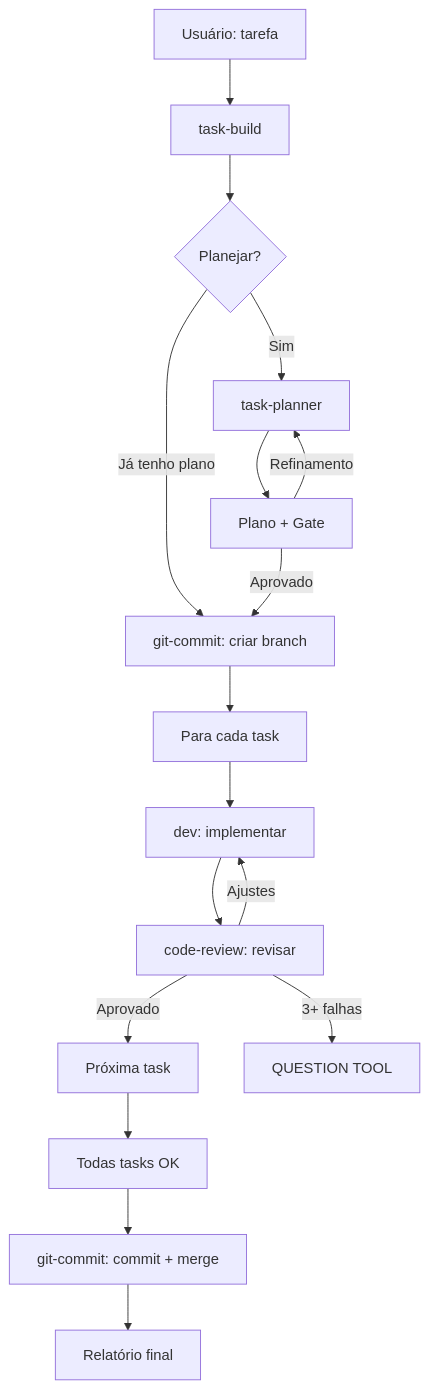
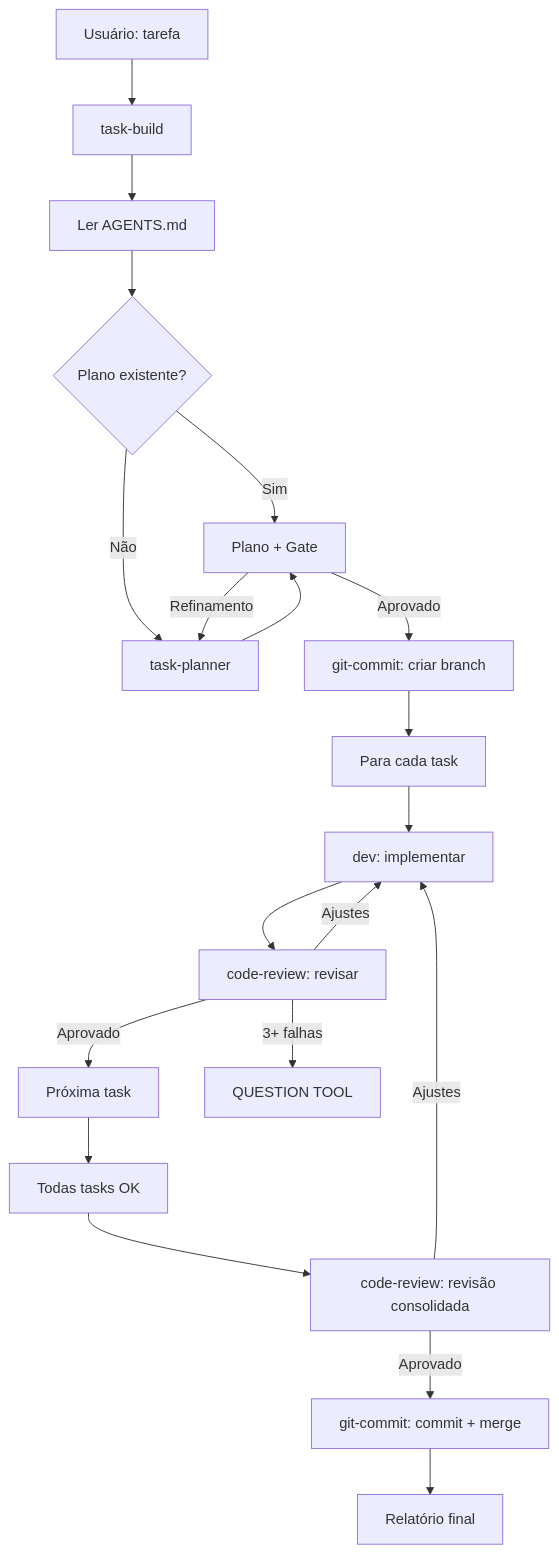
Before and after one commit to tiagoeduardobr/opencode_termux: the diagram in docs/MULTI_AGENT_ORCHESTRATION.md, drawn with Mermaid. The commit also changed other lines of this file and 4 other files, not shown here.

First line of the commit message:
feat: task-build corrections — AGENTS.md context, auto plan detection, mandatory review

````diff
--- a/docs/MULTI_AGENT_ORCHESTRATION.md
+++ b/docs/MULTI_AGENT_ORCHESTRATION.md
@@ -105,19 +107,22 @@
 ```mermaid
 graph TD
     A[Usuário: tarefa] --> B[task-build]
-    B --> C{Planejar?}
-    C -->|Sim| D[task-planner]
-    C -->|Já tenho plano| F
-    D --> E[Plano + Gate]
+    B --> B0[Ler AGENTS.md]
+    B0 --> B1{Plano existente?}
+    B1 -->|Sim| E[Plano + Gate]
+    B1 -->|Não| D[task-planner]
+    D --> E
     E -->|Aprovado| F[git-commit: criar branch]
     E -->|Refinamento| D
     F --> G[Para cada task]
     G --> H[dev: implementar]
     H --> I[code-review: revisar]
     I -->|Aprovado| J[Próxima task]
     I -->|Ajustes| H
     I -->|3+ falhas| K[QUESTION TOOL]
     J --> L[Todas tasks OK]
-    L --> M[git-commit: commit + merge]
+    L --> I6e[code-review: revisão consolidada]
+    I6e -->|Aprovado| M[git-commit: commit + merge]
+    I6e -->|Ajustes| H
     M --> N[Relatório final]
 ```
````
